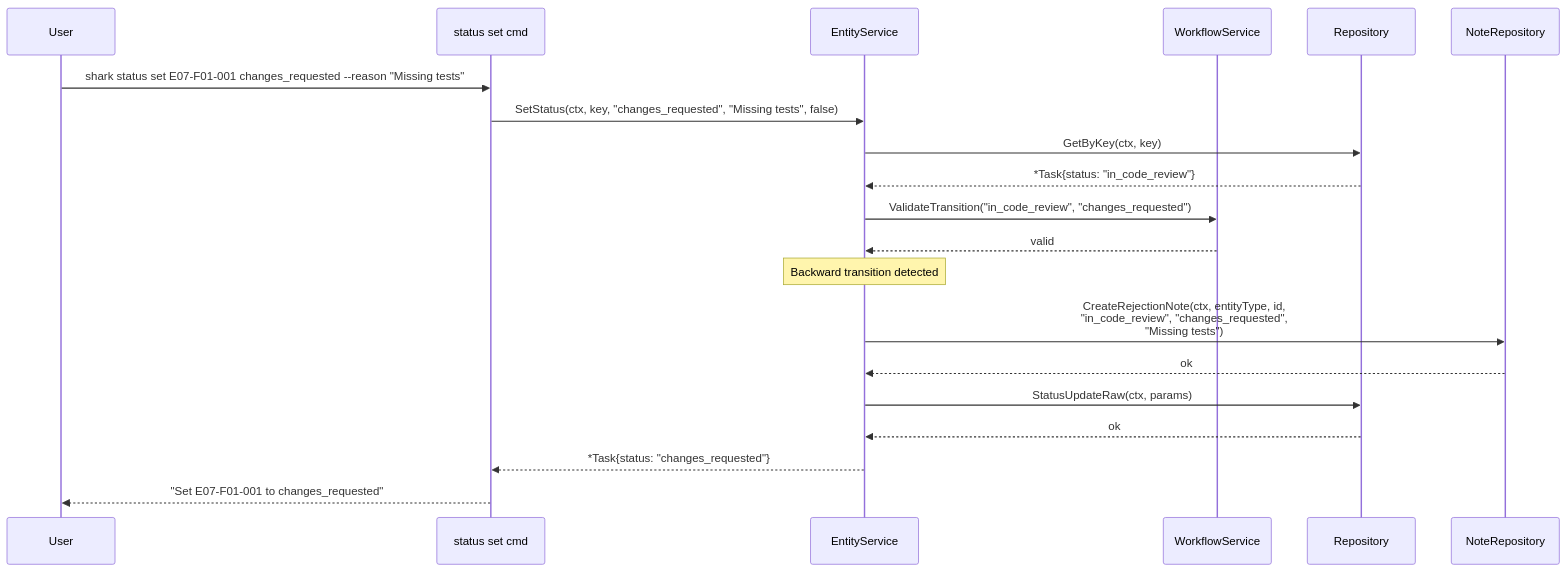
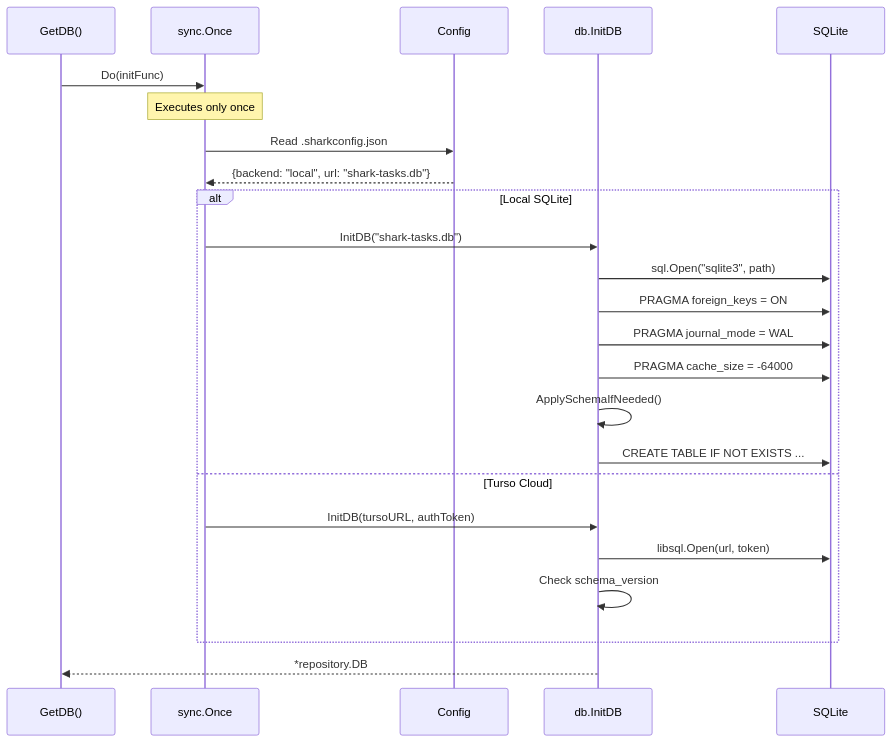
One commit to jwwelbor/shark-task-manager changed the fourth of 5 diagrams in brownfield-docs/diagrams/behavioral/sequence-diagrams.md. Above: the diagram before and after it, drawn with Mermaid. The commit also changed other lines of this file and 47 other files, not shown here.

````diff
--- a/brownfield-docs/diagrams/behavioral/sequence-diagrams.md
+++ b/brownfield-docs/diagrams/behavioral/sequence-diagrams.md
@@ -107,28 +86,29 @@
 ```mermaid
 sequenceDiagram
-    participant User
-    participant Cmd as status set cmd
-    participant Entity as EntityService
-    participant WF as WorkflowService
-    participant Repo as Repository
-    participant NoteRepo as NoteRepository
+    participant CLI as GetDB()
+    participant ONCE as sync.Once
+    participant CFG as Config
+    participant DB as db.InitDB
+    participant SQL as SQLite
 
-    User->>Cmd: shark status set E07-F01-001 changes_requested --reason "Missing tests"
-    Cmd->>Entity: SetStatus(ctx, key, "changes_requested", "Missing tests", false)
+    CLI->>ONCE: Do(initFunc)
+    Note over ONCE: Executes only once
+    ONCE->>CFG: Read .sharkconfig.json
+    CFG-->>ONCE: {backend: "local", url: "shark-tasks.db"}
 
-    Entity->>Repo: GetByKey(ctx, key)
-    Repo-->>Entity: *Task{status: "in_code_review"}
+    alt Local SQLite
+        ONCE->>DB: InitDB("shark-tasks.db")
+        DB->>SQL: sql.Open("sqlite3", path)
+        DB->>SQL: PRAGMA foreign_keys = ON
+        DB->>SQL: PRAGMA journal_mode = WAL
+        DB->>SQL: PRAGMA cache_size = -64000
+        DB->>DB: ApplySchemaIfNeeded()
+        DB->>SQL: CREATE TABLE IF NOT EXISTS ...
+    else Turso Cloud
+        ONCE->>DB: InitDB(tursoURL, authToken)
+        DB->>SQL: libsql.Open(url, token)
+        DB->>DB: Check schema_version
+    end
 
-    Entity->>WF: ValidateTransition("in_code_review", "changes_requested")
-    WF-->>Entity: valid
-
-    Note over Entity: Backward transition detected
-    Entity->>NoteRepo: CreateRejectionNote(ctx, entityType, id,<br/>"in_code_review", "changes_requested",<br/>"Missing tests")
-    NoteRepo-->>Entity: ok
-
-    Entity->>Repo: StatusUpdateRaw(ctx, params)
-    Repo-->>Entity: ok
-
-    Entity-->>Cmd: *Task{status: "changes_requested"}
-    Cmd-->>User: "Set E07-F01-001 to changes_requested"
+    DB-->>CLI: *repository.DB
 ```
````
